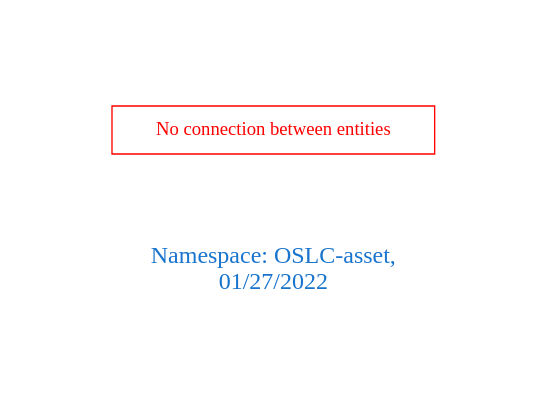
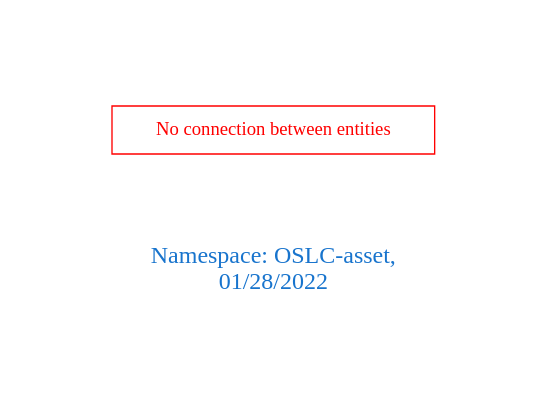
One commit to arago/OGIT changed the diagram in downloads/OSLC-asset.dot. Above: the diagram before and after it, drawn with Graphviz. The commit also changed 1923 other files, not shown here.

```diff
--- a/downloads/OSLC-asset.dot
+++ b/downloads/OSLC-asset.dot
@@ -1,9 +1,9 @@
 digraph OGIT_ontology {
  graph [ rankdir= LR,pad=1 
 fontsize = 18,
-fontcolor= dodgerblue3,label = "\n\n\nNamespace: OSLC-asset, \n 01/27/2022"];
+fontcolor= dodgerblue3,label = "\n\n\nNamespace: OSLC-asset, \n 01/28/2022"];
 node[shape=polygon];
 edge [  color="gray81"];
 
 "No connection between entities" [fontcolor = "red",color="red", shape="polygon"]
 }
```
